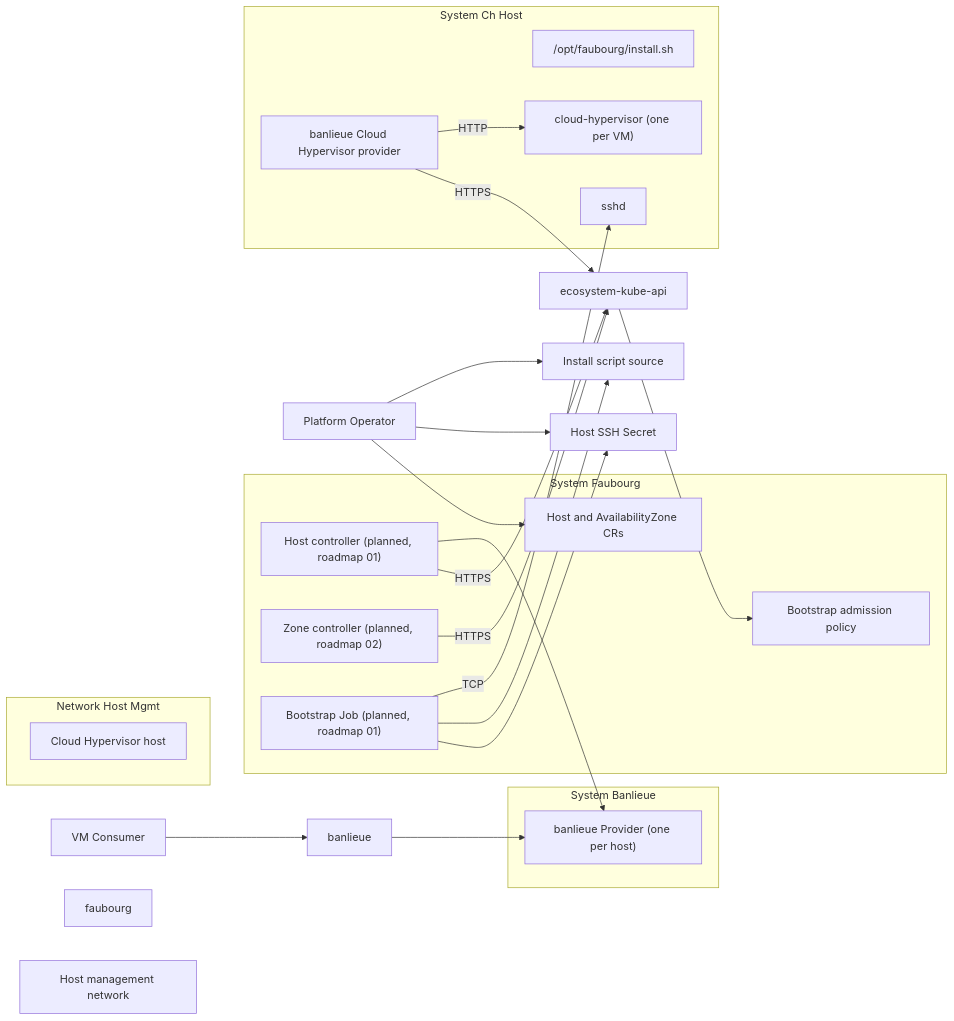
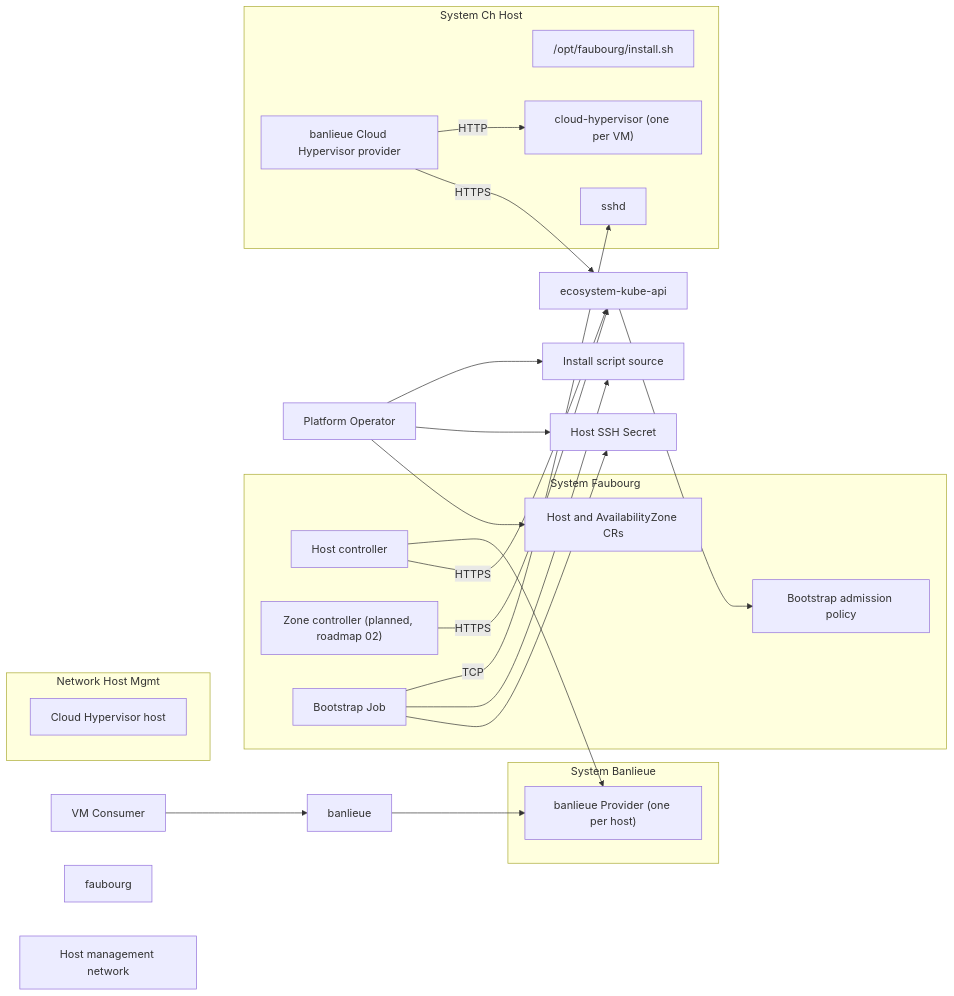
Before and after one commit to firestoned/faubourg: the diagram in docs/architecture/diagrams/system.md, drawn with Mermaid. The commit also changed 35 other files, not shown here.

First line of the commit message:
feat(controller): the Host reconciler (ADR-0009, roadmap 01) (#5)

````diff
--- a/docs/architecture/diagrams/system.md
+++ b/docs/architecture/diagrams/system.md
@@ -21,54 +21,54 @@
 ```mermaid
 flowchart LR
     actor-platform-operator["Platform Operator"]
     actor-vm-consumer["VM Consumer"]
     system-faubourg["faubourg"]
-    service-host-controller["Host controller (planned, roadmap 01)"]
+    service-host-controller["Host controller"]
     service-zone-controller["Zone controller (planned, roadmap 02)"]
-    service-bootstrap-job["Bootstrap Job (planned, roadmap 01)"]
+    service-bootstrap-job["Bootstrap Job"]
     service-bootstrap-admission-policy["Bootstrap admission policy"]
     data-asset-host-az-crs["Host and AvailabilityZone CRs"]
     data-asset-ssh-secret["Host SSH Secret"]
     system-banlieue["banlieue"]
     data-asset-provider-cr["banlieue Provider (one per host)"]
     system-ch-host["Cloud Hypervisor host"]
     data-asset-install-script["Install script source"]
     data-asset-host-install-script["/opt/faubourg/install.sh"]
     service-ssh["sshd"]
     service-banlieue-ch-provider["banlieue Cloud Hypervisor provider"]
     service-cloud-hypervisor["cloud-hypervisor (one per VM)"]
     network-host-mgmt["Host management network"]
     subgraph sg_system-faubourg [System Faubourg]
         service-host-controller
         service-zone-controller
         service-bootstrap-job
         service-bootstrap-admission-policy
         data-asset-host-az-crs
     end
     subgraph sg_system-ch-host [System Ch Host]
         service-ssh
         data-asset-host-install-script
         service-banlieue-ch-provider
         service-cloud-hypervisor
     end
     subgraph sg_system-banlieue [System Banlieue]
         data-asset-provider-cr
     end
     subgraph sg_network-host-mgmt [Network Host Mgmt]
         system-ch-host
     end
     actor-platform-operator --> data-asset-host-az-crs
     actor-platform-operator --> data-asset-ssh-secret
     actor-platform-operator --> data-asset-install-script
     actor-vm-consumer --> system-banlieue
     service-host-controller -->|HTTPS| ecosystem-kube-api
     ecosystem-kube-api --> service-bootstrap-admission-policy
     service-zone-controller -->|HTTPS| ecosystem-kube-api
     service-bootstrap-job --> data-asset-ssh-secret
     service-bootstrap-job --> data-asset-install-script
     service-bootstrap-job -->|TCP| service-ssh
     service-banlieue-ch-provider -->|HTTPS| ecosystem-kube-api
     service-banlieue-ch-provider -->|HTTP| service-cloud-hypervisor
     system-banlieue --> data-asset-provider-cr
     service-host-controller --> data-asset-provider-cr
 ```
````
